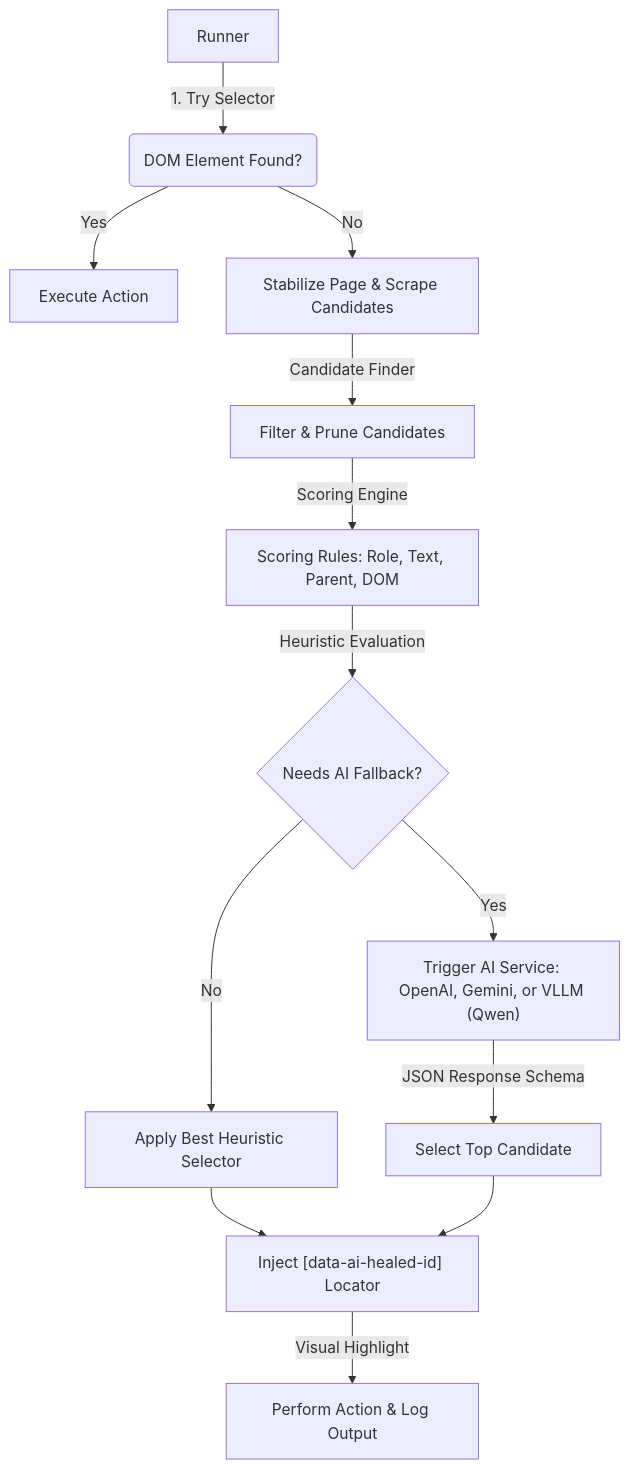
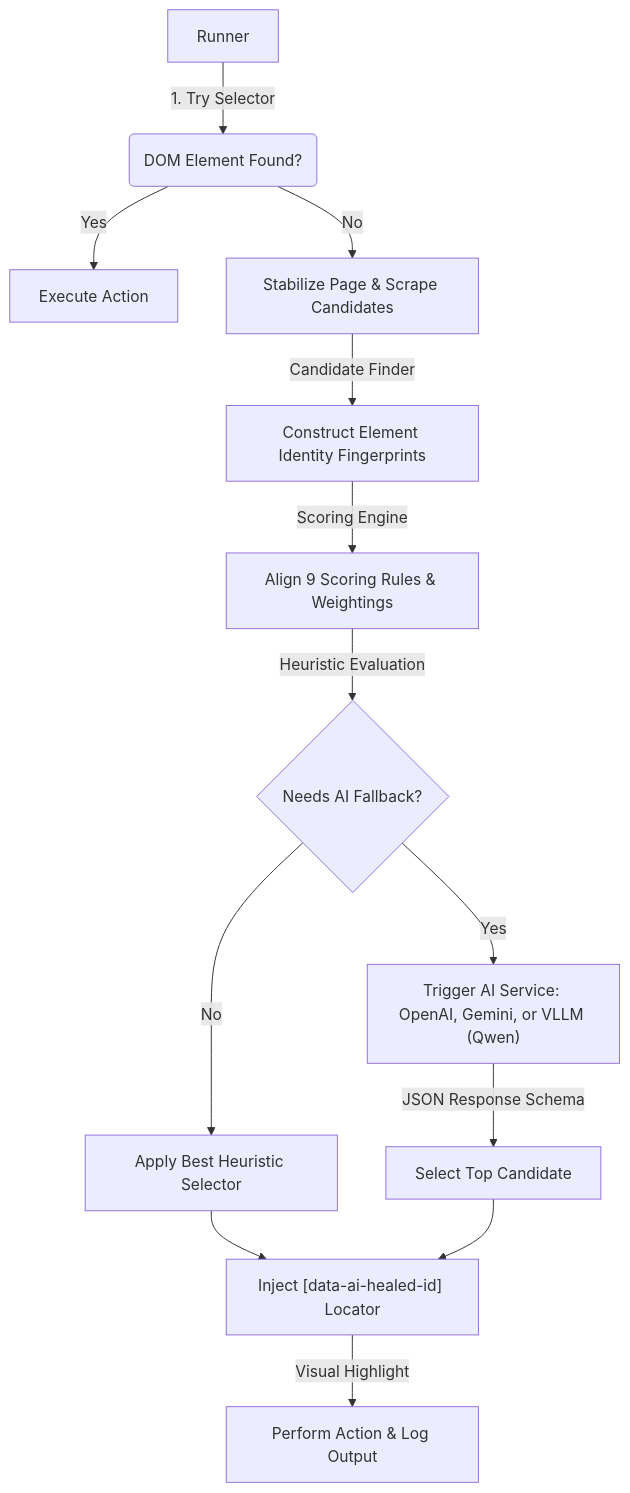
Before and after one commit to shambhoo-narwaria/reLOCATE.AI-Intelligent-Element-Recovery-Engine: the diagram in README.md, drawn with Mermaid. The commit also changed other lines of this file and 2 other files, not shown here.

````diff
--- a/README.md
+++ b/README.md
@@ -25,15 +25,15 @@
 ```mermaid
 graph TD
     A[Runner] -->|1. Try Selector| B(DOM Element Found?)
     B -->|Yes| C[Execute Action]
     B -->|No| D[Stabilize Page & Scrape Candidates]
-    D -->|Candidate Finder| E[Filter & Prune Candidates]
-    E -->|Scoring Engine| F[Scoring Rules: Role, Text, Parent, DOM]
+    D -->|Candidate Finder| E[Construct Element Identity Fingerprints]
+    E -->|Scoring Engine| F[Align 9 Scoring Rules & Weightings]
     F -->|Heuristic Evaluation| G{Needs AI Fallback?}
     G -->|No| H[Apply Best Heuristic Selector]
     G -->|Yes| I["Trigger AI Service: OpenAI, Gemini, or VLLM (Qwen)"]
     I -->|JSON Response Schema| J[Select Top Candidate]
     H --> K["Inject [data-ai-healed-id] Locator"]
     J --> K
     K -->|Visual Highlight| L[Perform Action & Log Output]
 ```
````
